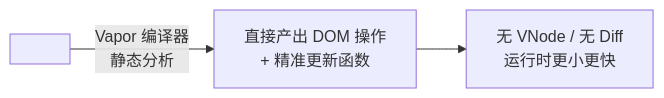
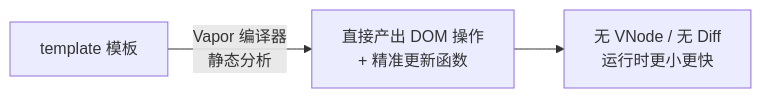
Before and after one commit to inspire-man/frontend-knowledge-base: the diagram in frontend-knowledge-base/卷六-框架核心Vue3/6.7-Vue3.5新特性与VaporMode.md, drawn with Mermaid. The commit also changed 3 other files, not shown here.

Commit message:
docs: 修复2处 mermaid 渲染问题;深挖卷二 2.1/2.2 底层逻辑+面试题扩充

````diff
--- a/frontend-knowledge-base/卷六-框架核心Vue3/6.7-Vue3.5新特性与VaporMode.md
+++ b/frontend-knowledge-base/卷六-框架核心Vue3/6.7-Vue3.5新特性与VaporMode.md
@@ -58,5 +58,5 @@
 ```mermaid
 flowchart LR
-    A[<template> 模板] -->|Vapor 编译器<br/>静态分析| B[直接产出 DOM 操作<br/>+ 精准更新函数]
+    A[template 模板] -->|Vapor 编译器<br/>静态分析| B[直接产出 DOM 操作<br/>+ 精准更新函数]
     B --> C[无 VNode / 无 Diff<br/>运行时更小更快]
 ```
````
